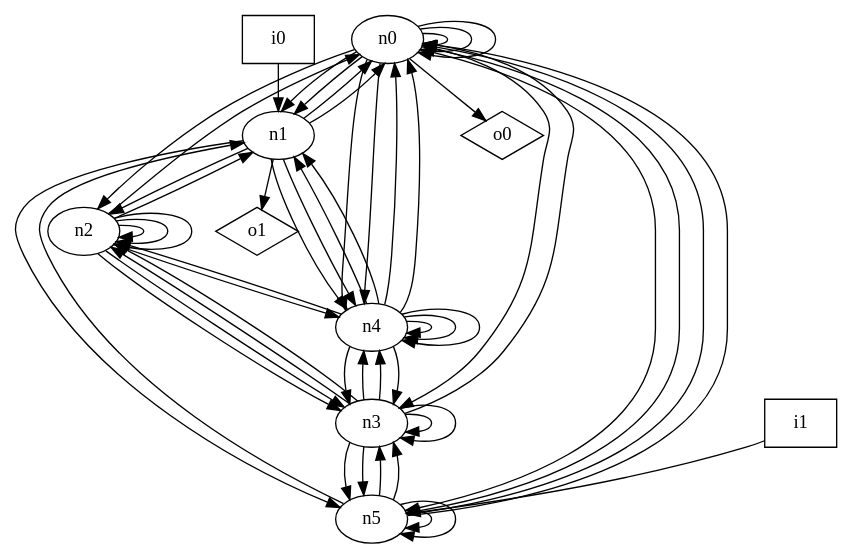
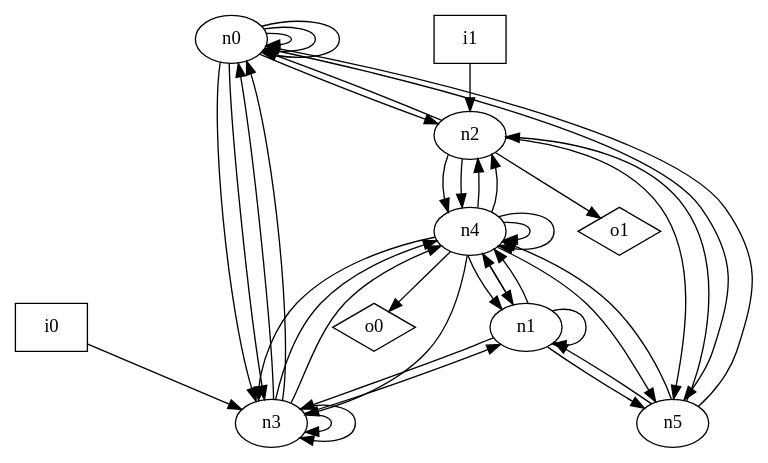
The diagram in dot_files/random_graph/undirected_graph.dot (p9romain/bool-circuits), drawn with Graphviz before and after one commit. The commit also changed 70 other files, not shown here.

```diff
--- a/dot_files/random_graph/undirected_graph.dot
+++ b/dot_files/random_graph/undirected_graph.dot
@@ -1,67 +1,52 @@
 digraph G {
 n0 [label="n0"];
 n1 [label="n1"];
 n2 [label="n2"];
 n3 [label="n3"];
 n4 [label="n4"];
 n5 [label="n5"];
 n6 [label="i0",shape="box"];
 n7 [label="i1",shape="box"];
 n8 [label="o0",shape="diamond"];
 n9 [label="o1",shape="diamond"];
 n0 -> n0
 n0 -> n0
 n0 -> n0
-n0 -> n1
-n0 -> n1
 n0 -> n2
 n0 -> n3
-n0 -> n4
-n0 -> n4
+n0 -> n3
 n0 -> n5
-n0 -> n5
-n0 -> n8
-n1 -> n0
-n1 -> n0
-n1 -> n2
+n1 -> n1
+n1 -> n3
 n1 -> n4
 n1 -> n4
 n1 -> n5
-n1 -> n9
 n2 -> n0
-n2 -> n1
-n2 -> n2
-n2 -> n2
-n2 -> n2
-n2 -> n3
-n2 -> n3
 n2 -> n4
+n2 -> n4
+n2 -> n5
+n2 -> n9
 n3 -> n0
-n3 -> n2
-n3 -> n2
+n3 -> n0
+n3 -> n1
 n3 -> n3
 n3 -> n3
 n3 -> n4
 n3 -> n4
-n3 -> n5
-n3 -> n5
-n4 -> n0
-n4 -> n0
 n4 -> n1
 n4 -> n1
+n4 -> n2
 n4 -> n2
 n4 -> n3
 n4 -> n3
 n4 -> n4
 n4 -> n4
-n4 -> n4
-n5 -> n0
+n4 -> n5
+n4 -> n8
 n5 -> n0
 n5 -> n1
-n5 -> n3
-n5 -> n3
-n5 -> n5
-n5 -> n5
-n6 -> n1
-n7 -> n5
+n5 -> n2
+n5 -> n4
+n6 -> n3
+n7 -> n2
 }
```
